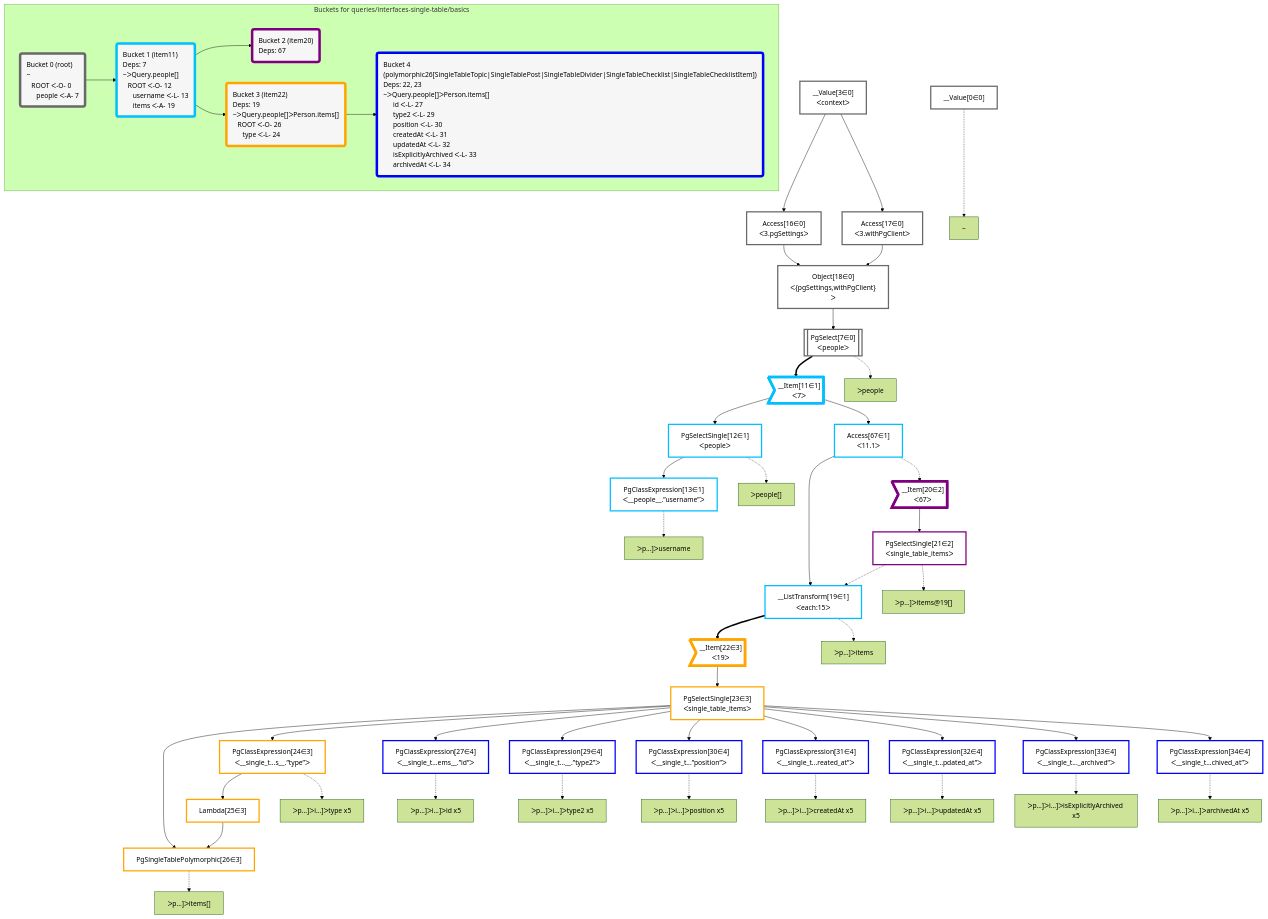
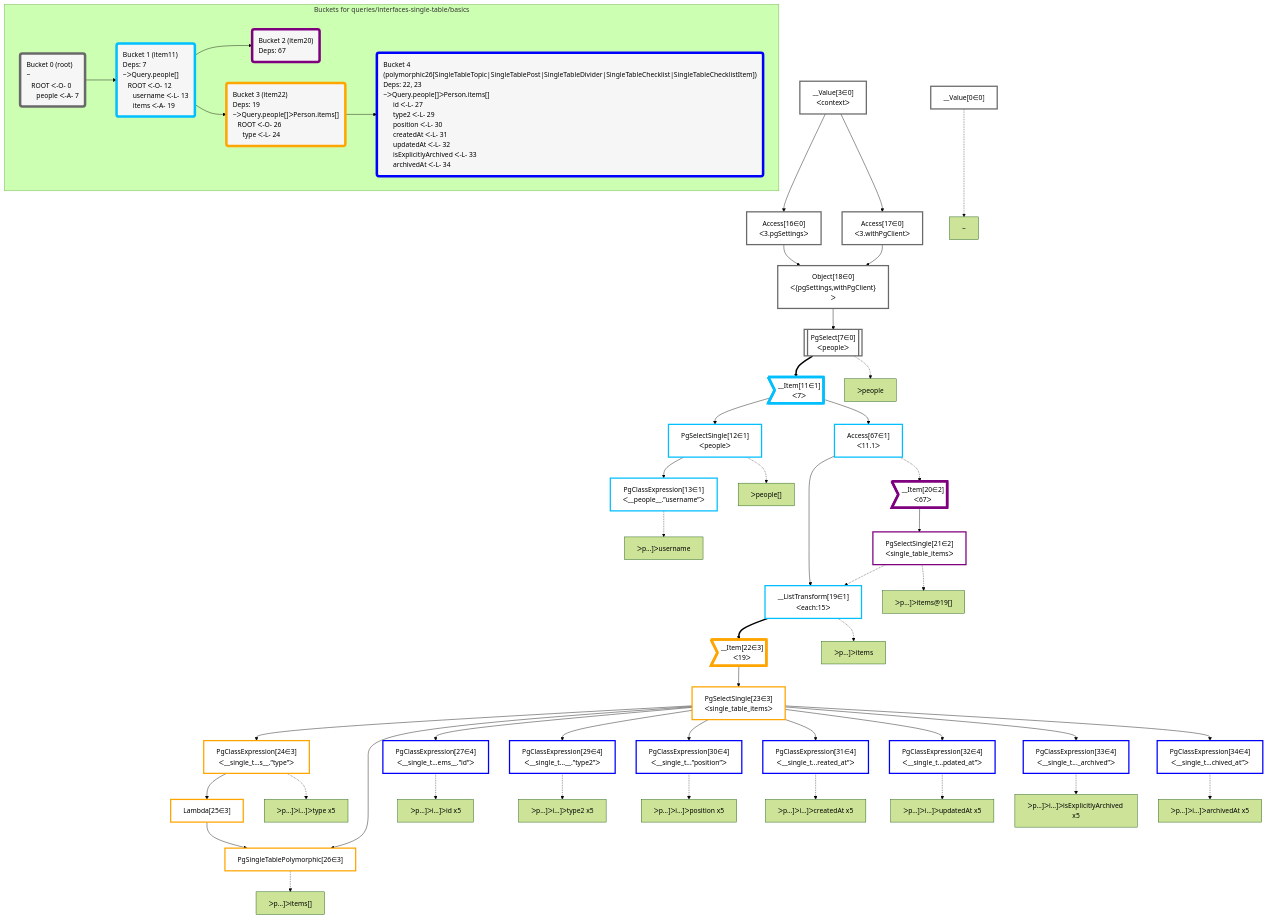
One commit to graphile/crystal changed the diagram in packages/dataplan-pg/__tests__/queries/interfaces-single-table/basics.mermaid.md. Above: the diagram before and after it, drawn with Mermaid (forest theme). The commit also changed other lines of this file and 195 other files, not shown here.

Commit message:
Reorder graphs

```diff
--- a/packages/dataplan-pg/__tests__/queries/interfaces-single-table/basics.mermaid.md
+++ b/packages/dataplan-pg/__tests__/queries/interfaces-single-table/basics.mermaid.md
@@ -9,11 +9,23 @@
 
     %% define plans
     __Value0["__Value[0∈0]"]:::plan
+    __Value3["__Value[3∈0]<br />ᐸcontextᐳ"]:::plan
+    Access16["Access[16∈0]<br />ᐸ3.pgSettingsᐳ"]:::plan
+    Access17["Access[17∈0]<br />ᐸ3.withPgClientᐳ"]:::plan
+    Object18["Object[18∈0]<br />ᐸ{pgSettings,withPgClient}ᐳ"]:::plan
+    PgSelect7[["PgSelect[7∈0]<br />ᐸpeopleᐳ"]]:::plan
+    __Item11>"__Item[11∈1]<br />ᐸ7ᐳ"]:::itemplan
+    PgSelectSingle12["PgSelectSingle[12∈1]<br />ᐸpeopleᐳ"]:::plan
     PgClassExpression13["PgClassExpression[13∈1]<br />ᐸ__people__.”username”ᐳ"]:::plan
-    PgSelectSingle12["PgSelectSingle[12∈1]<br />ᐸpeopleᐳ"]:::plan
+    Access67["Access[67∈1]<br />ᐸ11.1ᐳ"]:::plan
+    __ListTransform19["__ListTransform[19∈1]<br />ᐸeach:15ᐳ"]:::plan
+    __Item20>"__Item[20∈2]<br />ᐸ67ᐳ"]:::itemplan
+    PgSelectSingle21["PgSelectSingle[21∈2]<br />ᐸsingle_table_itemsᐳ"]:::plan
+    __Item22>"__Item[22∈3]<br />ᐸ19ᐳ"]:::itemplan
+    PgSelectSingle23["PgSelectSingle[23∈3]<br />ᐸsingle_table_itemsᐳ"]:::plan
+    PgClassExpression24["PgClassExpression[24∈3]<br />ᐸ__single_t...s__.”type”ᐳ"]:::plan
+    Lambda25["Lambda[25∈3]"]:::plan
     PgSingleTablePolymorphic26["PgSingleTablePolymorphic[26∈3]"]:::plan
-    Lambda25["Lambda[25∈3]"]:::plan
-    PgClassExpression24["PgClassExpression[24∈3]<br />ᐸ__single_t...s__.”type”ᐳ"]:::plan
     PgClassExpression27["PgClassExpression[27∈4]<br />ᐸ__single_t...ems__.”id”ᐳ"]:::plan
     PgClassExpression29["PgClassExpression[29∈4]<br />ᐸ__single_t...__.”type2”ᐳ"]:::plan
     PgClassExpression30["PgClassExpression[30∈4]<br />ᐸ__single_t...”position”ᐳ"]:::plan
@@ -21,25 +33,25 @@
     PgClassExpression32["PgClassExpression[32∈4]<br />ᐸ__single_t...pdated_at”ᐳ"]:::plan
     PgClassExpression33["PgClassExpression[33∈4]<br />ᐸ__single_t..._archived”ᐳ"]:::plan
     PgClassExpression34["PgClassExpression[34∈4]<br />ᐸ__single_t...chived_at”ᐳ"]:::plan
-    PgSelectSingle23["PgSelectSingle[23∈3]<br />ᐸsingle_table_itemsᐳ"]:::plan
-    __Item22>"__Item[22∈3]<br />ᐸ19ᐳ"]:::itemplan
-    __ListTransform19["__ListTransform[19∈1]<br />ᐸeach:15ᐳ"]:::plan
-    PgSelectSingle21["PgSelectSingle[21∈2]<br />ᐸsingle_table_itemsᐳ"]:::plan
-    __Item20>"__Item[20∈2]<br />ᐸ67ᐳ"]:::itemplan
-    Access67["Access[67∈1]<br />ᐸ11.1ᐳ"]:::plan
-    __Item11>"__Item[11∈1]<br />ᐸ7ᐳ"]:::itemplan
-    PgSelect7[["PgSelect[7∈0]<br />ᐸpeopleᐳ"]]:::plan
-    Object18["Object[18∈0]<br />ᐸ{pgSettings,withPgClient}ᐳ"]:::plan
-    Access16["Access[16∈0]<br />ᐸ3.pgSettingsᐳ"]:::plan
-    Access17["Access[17∈0]<br />ᐸ3.withPgClientᐳ"]:::plan
-    __Value3["__Value[3∈0]<br />ᐸcontextᐳ"]:::plan
 
     %% plan dependencies
+    __Value3 --> Access16
+    __Value3 --> Access17
+    Access16 & Access17 --> Object18
+    Object18 --> PgSelect7
+    PgSelect7 ==> __Item11
+    __Item11 --> PgSelectSingle12
     PgSelectSingle12 --> PgClassExpression13
-    __Item11 --> PgSelectSingle12
+    __Item11 --> Access67
+    Access67 --> __ListTransform19
+    PgSelectSingle21 -.-> __ListTransform19
+    Access67 -.-> __Item20
+    __Item20 --> PgSelectSingle21
+    __ListTransform19 ==> __Item22
+    __Item22 --> PgSelectSingle23
+    PgSelectSingle23 --> PgClassExpression24
+    PgClassExpression24 --> Lambda25
     Lambda25 & PgSelectSingle23 --> PgSingleTablePolymorphic26
-    PgClassExpression24 --> Lambda25
-    PgSelectSingle23 --> PgClassExpression24
     PgSelectSingle23 --> PgClassExpression27
     PgSelectSingle23 --> PgClassExpression29
     PgSelectSingle23 --> PgClassExpression30
@@ -47,18 +59,6 @@
     PgSelectSingle23 --> PgClassExpression32
     PgSelectSingle23 --> PgClassExpression33
     PgSelectSingle23 --> PgClassExpression34
-    __Item22 --> PgSelectSingle23
-    __ListTransform19 ==> __Item22
-    Access67 --> __ListTransform19
-    PgSelectSingle21 -.-> __ListTransform19
-    __Item20 --> PgSelectSingle21
-    Access67 -.-> __Item20
-    __Item11 --> Access67
-    PgSelect7 ==> __Item11
-    Object18 --> PgSelect7
-    Access16 & Access17 --> Object18
-    __Value3 --> Access16
-    __Value3 --> Access17
 
     %% plan-to-path relationships
     P0["~"]
```
